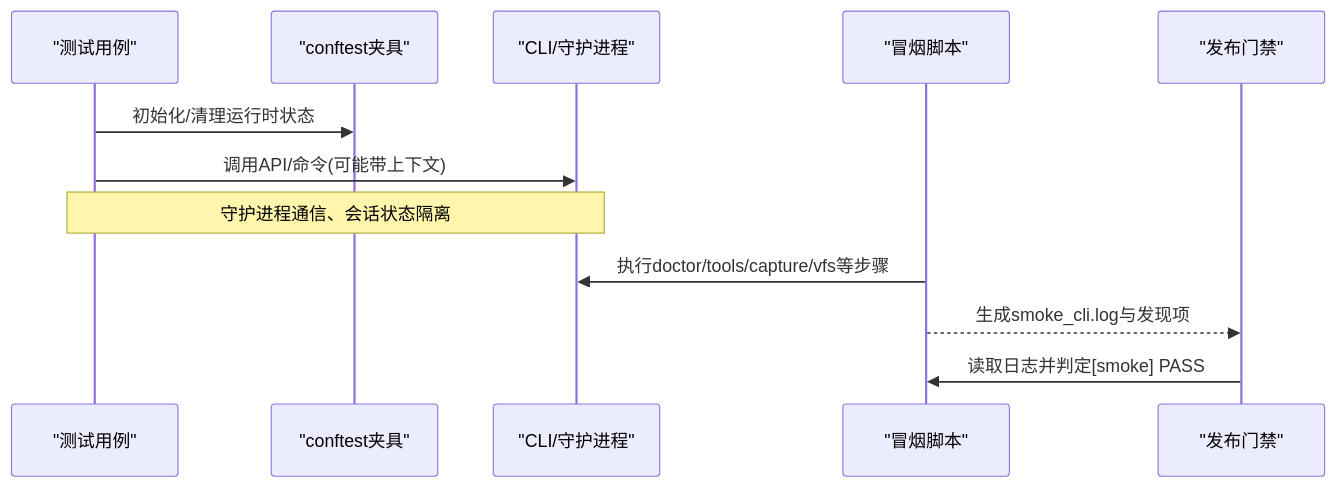
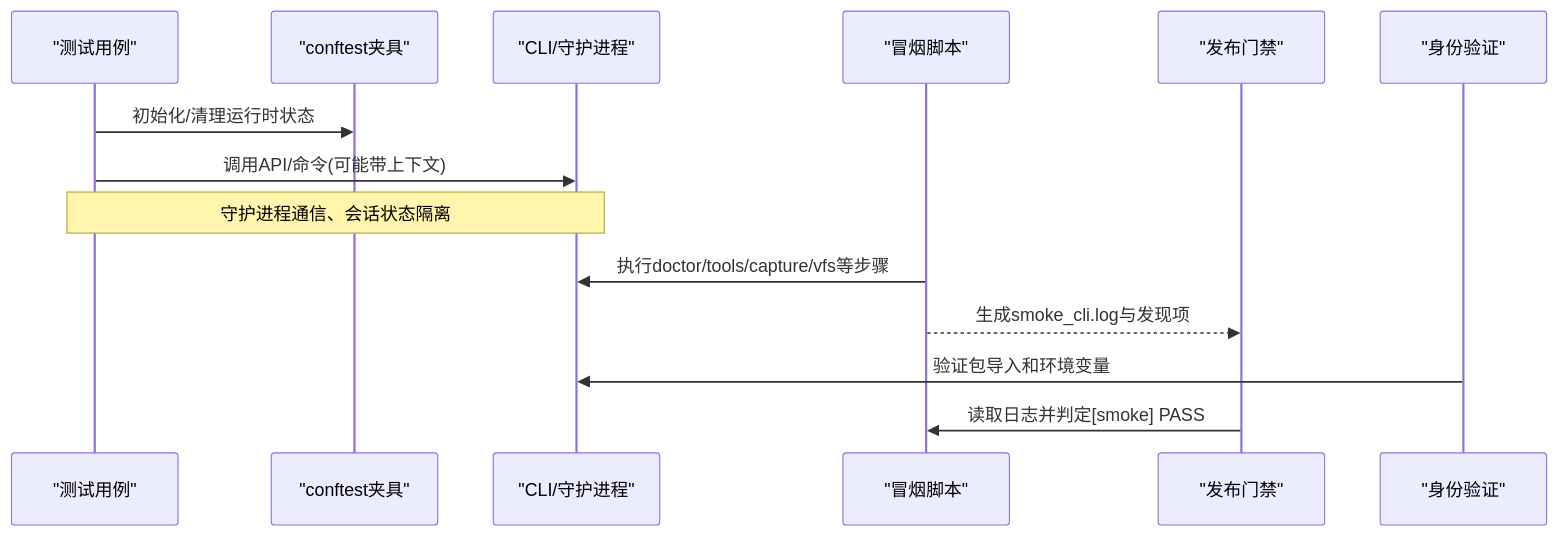
Before and after one commit to haolange/RDC-Tool: the second of 9 diagrams in .qoder/repowiki/zh/content/开发指南/测试策略/测试策略.md, drawn with Mermaid. The commit also changed other lines of this file and 80 other files, not shown here.

````diff
--- a/.qoder/repowiki/zh/content/开发指南/测试策略/测试策略.md
+++ b/.qoder/repowiki/zh/content/开发指南/测试策略/测试策略.md
@@ -85,14 +104,16 @@
 ```mermaid
 sequenceDiagram
 participant T as "测试用例"
 participant CF as "conftest夹具"
 participant CLI as "CLI/守护进程"
 participant SM as "冒烟脚本"
 participant RG as "发布门禁"
+participant ID as "身份验证"
 T->>CF : 初始化/清理运行时状态
 T->>CLI : 调用API/命令(可能带上下文)
 Note over T,CLI : 守护进程通信、会话状态隔离
 SM->>CLI : 执行doctor/tools/capture/vfs等步骤
 SM-->>RG : 生成smoke_cli.log与发现项
+ID->>CLI : 验证包导入和环境变量
 RG->>SM : 读取日志并判定[smoke] PASS
 ```
````
